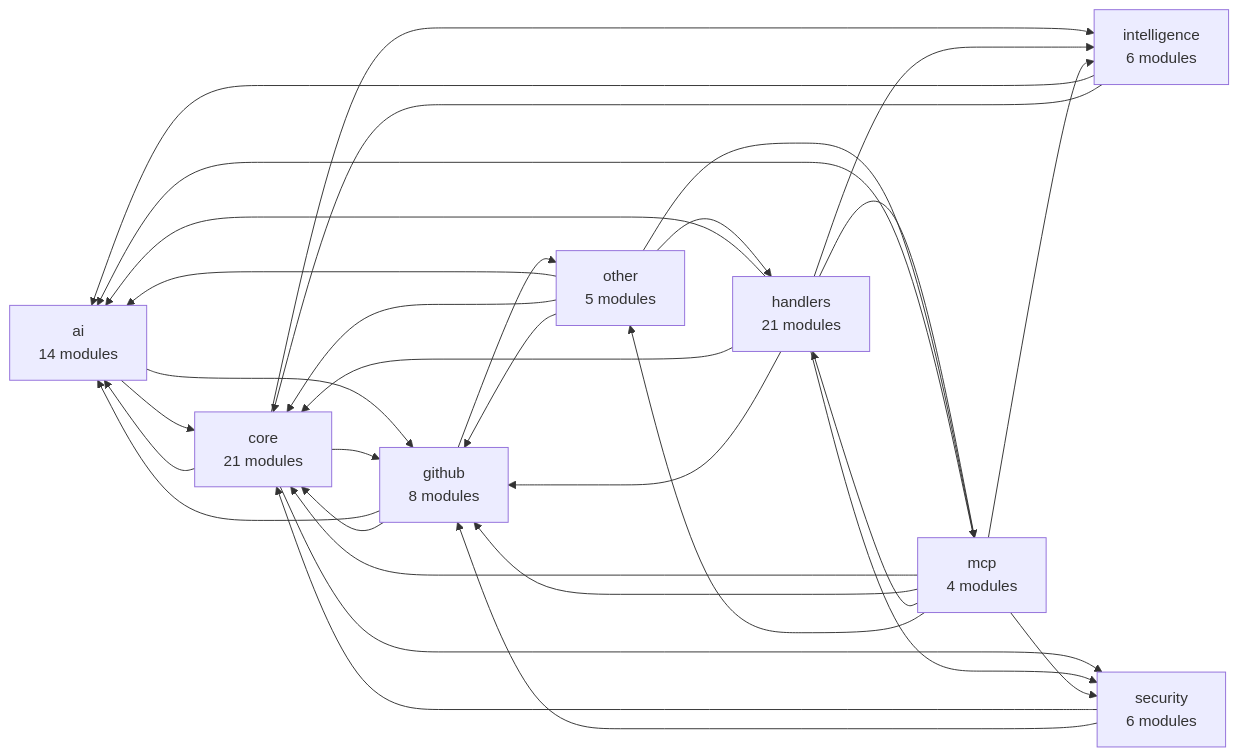
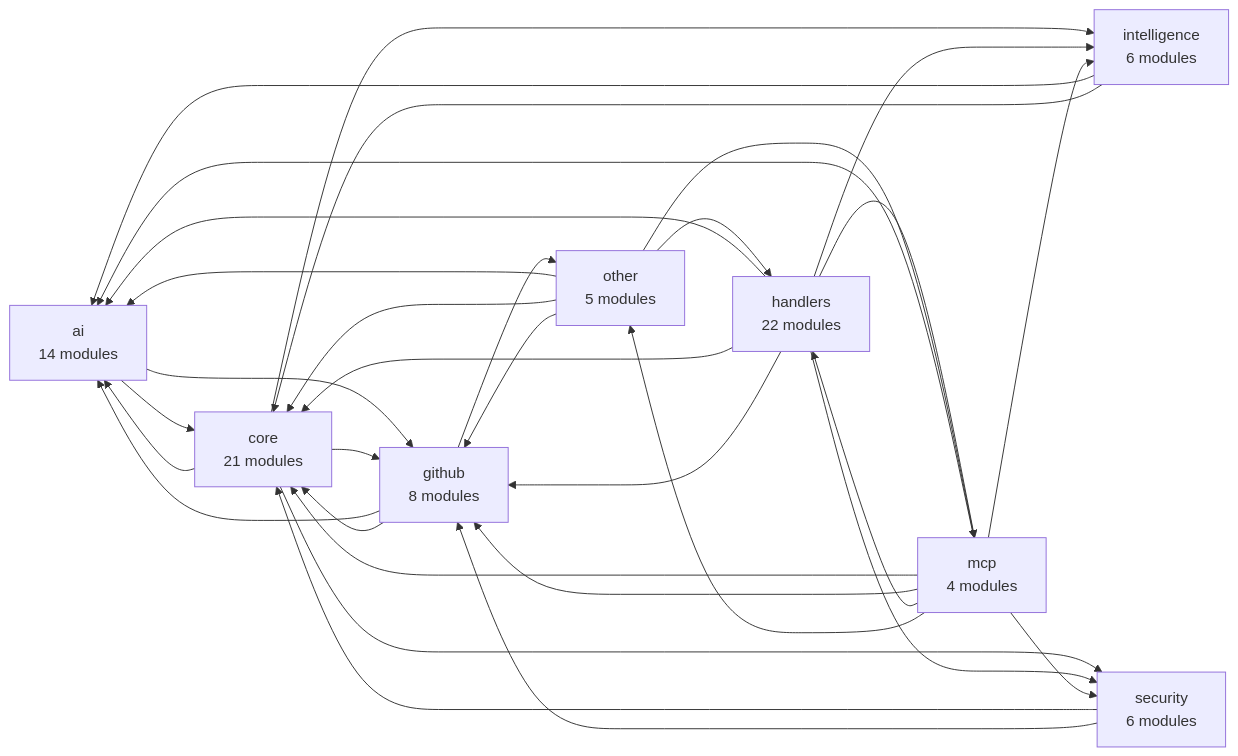
The second of 2 diagrams in README.md (Shweta-Mishra-ai/github-autopilot), drawn with Mermaid before and after one commit. The commit also changed other lines of this file and 8 other files, not shown here.

````diff
--- a/README.md
+++ b/README.md
@@ -202,42 +202,42 @@
 ```mermaid
 graph LR
     ai["ai<br/>14 modules"]
     core["core<br/>21 modules"]
     github["github<br/>8 modules"]
-    handlers["handlers<br/>21 modules"]
+    handlers["handlers<br/>22 modules"]
     intelligence["intelligence<br/>6 modules"]
     mcp["mcp<br/>4 modules"]
     other["other<br/>5 modules"]
     security["security<br/>6 modules"]
     ai --> core
     ai --> github
     core --> ai
     core --> github
     core --> intelligence
     core --> security
     github --> ai
     github --> core
     github --> other
     handlers --> ai
     handlers --> core
     handlers --> github
     handlers --> intelligence
     handlers --> mcp
     handlers --> security
     intelligence --> ai
     intelligence --> core
     mcp --> ai
     mcp --> core
     mcp --> github
     mcp --> handlers
     mcp --> intelligence
     mcp --> other
     mcp --> security
     other --> ai
     other --> core
     other --> github
     other --> handlers
     other --> mcp
     security --> core
     security --> github
 ```
````
